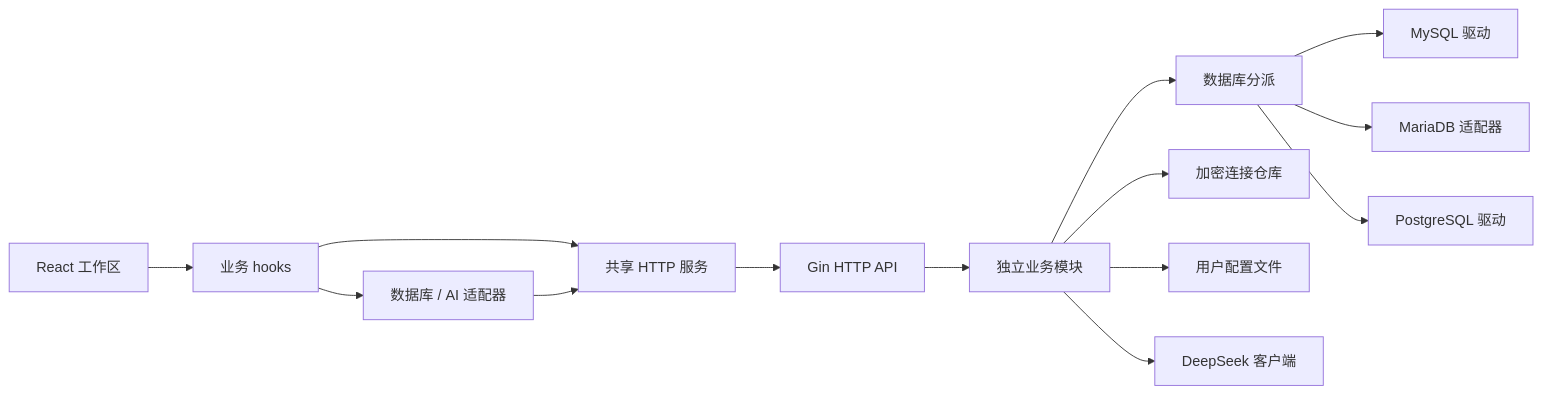
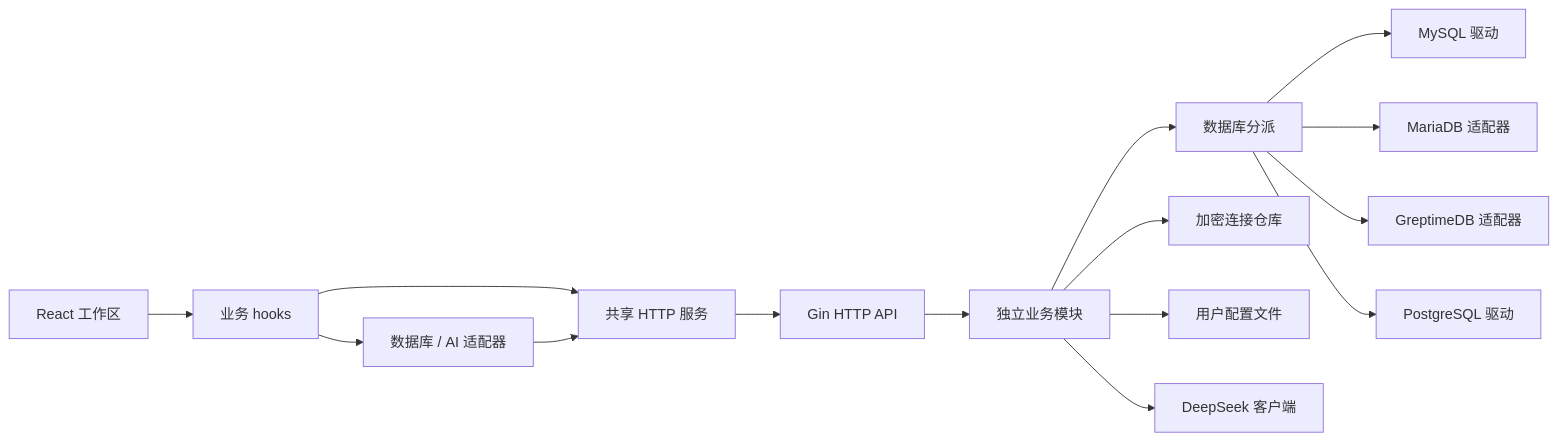
Before and after one commit to xiaozhang95/SQL-Studio: the diagram in docs/ARCHITECTURE.md, drawn with Mermaid. The commit also changed other lines of this file and 48 other files, not shown here.

````diff
--- a/docs/ARCHITECTURE.md
+++ b/docs/ARCHITECTURE.md
@@ -44,16 +46,17 @@
 ```mermaid
 flowchart LR
   UI[React 工作区] --> Hooks[业务 hooks]
   Hooks --> Adapter[数据库 / AI 适配器]
   Hooks --> HTTP[共享 HTTP 服务]
   Adapter --> HTTP
   HTTP --> Gin[Gin HTTP API]
   Gin --> Modules[独立业务模块]
   Modules --> Engines[数据库分派]
   Engines --> MySQL[MySQL 驱动]
   Engines --> MariaDB[MariaDB 适配器]
+  Engines --> GreptimeDB[GreptimeDB 适配器]
   Engines --> PG[PostgreSQL 驱动]
   Modules --> Connections[加密连接仓库]
   Modules --> State[用户配置文件]
   Modules --> DeepSeek[DeepSeek 客户端]
 ```
````
